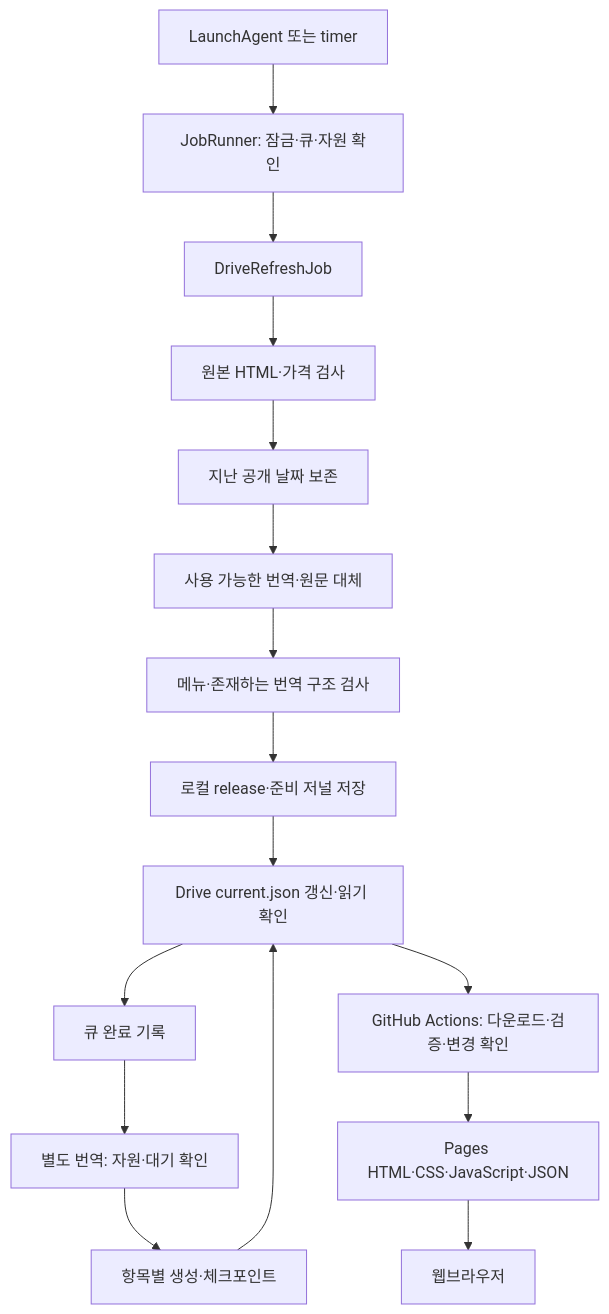
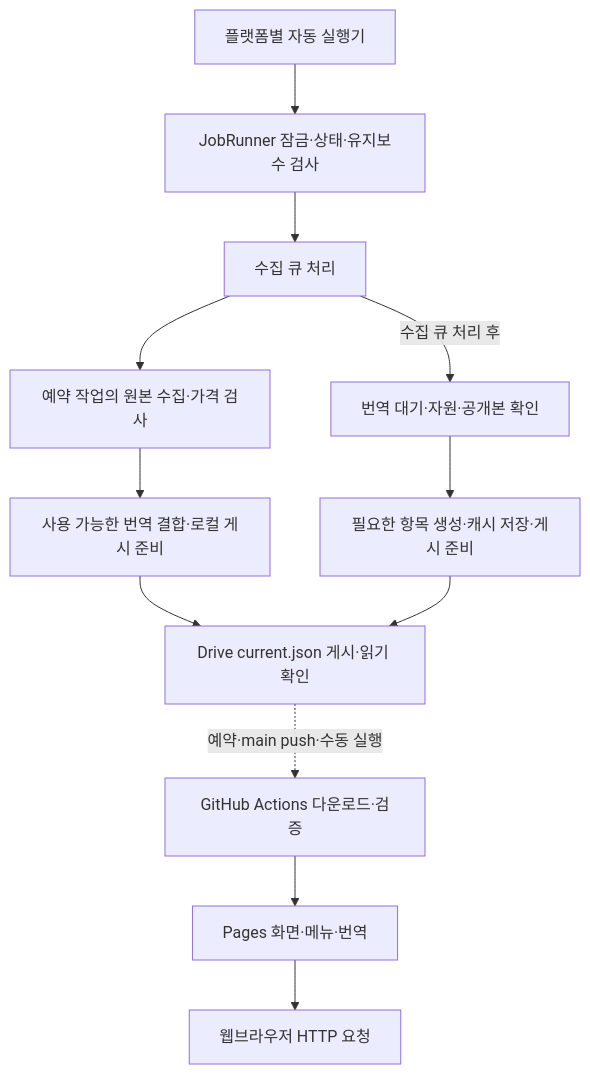
Before and after one commit to garlicvread/2026_KIST_EU_accelerating_MENSA_menu_lookup: the diagram in docs/architecture.md, drawn with Mermaid. The commit also changed other lines of this file and 9 other files, not shown here.

````diff
--- a/docs/architecture.md
+++ b/docs/architecture.md
@@ -31,18 +41,14 @@
 ```mermaid
 flowchart TD
-  Timer[LaunchAgent 또는 timer] --> Runner[JobRunner: 잠금·큐·자원 확인]
-  Runner --> DriveJob[DriveRefreshJob]
-  DriveJob --> Source[원본 HTML·가격 검사]
-  Source --> Retain[지난 공개 날짜 보존]
-  Retain --> Available[사용 가능한 번역·원문 대체]
-  Available --> Validate[메뉴·존재하는 번역 구조 검사]
-  Validate --> Local[로컬 release·준비 저널 저장]
-  Local --> Drive[Drive current.json 갱신·읽기 확인]
-  Drive --> Complete[큐 완료 기록]
-  Complete --> Translation[별도 번역: 자원·대기 확인]
-  Translation --> Improved[항목별 생성·체크포인트]
+  Timer[플랫폼별 자동 실행기] --> Runner[JobRunner 잠금·상태·유지보수 검사]
+  Runner --> Collect[수집 큐 처리]
+  Collect --> Source[예약 작업의 원본 수집·가격 검사]
+  Source --> Local[사용 가능한 번역 결합·로컬 게시 준비]
+  Local --> Drive[Drive current.json 게시·읽기 확인]
+  Collect -->|수집 큐 처리 후| Translation[번역 대기·자원·공개본 확인]
+  Translation --> Improved[필요한 항목 생성·캐시 저장·게시 준비]
   Improved --> Drive
-  Drive --> Actions[GitHub Actions: 다운로드·검증·변경 확인]
-  Actions --> Pages[Pages HTML·CSS·JavaScript·JSON]
-  Pages --> Browser[웹브라우저]
+  Drive -.->|예약·main push·수동 실행| Actions[GitHub Actions 다운로드·검증]
+  Actions --> Pages[Pages 화면·메뉴·번역]
+  Pages --> Browser[웹브라우저 HTTP 요청]
 ```
````
